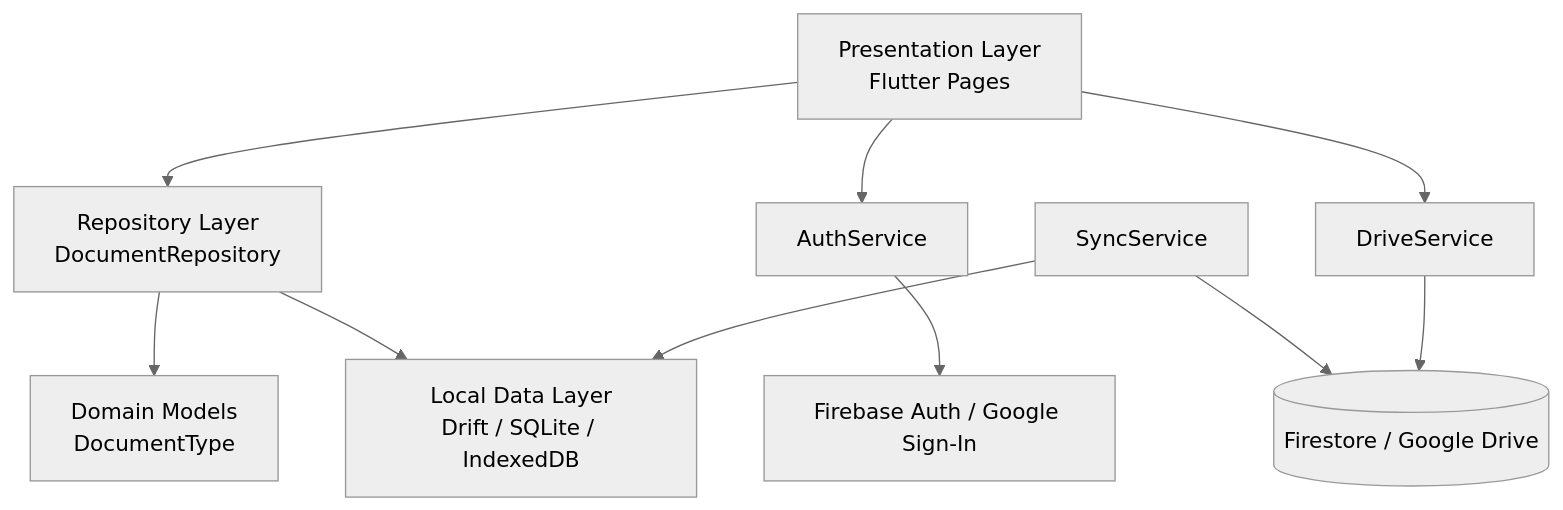
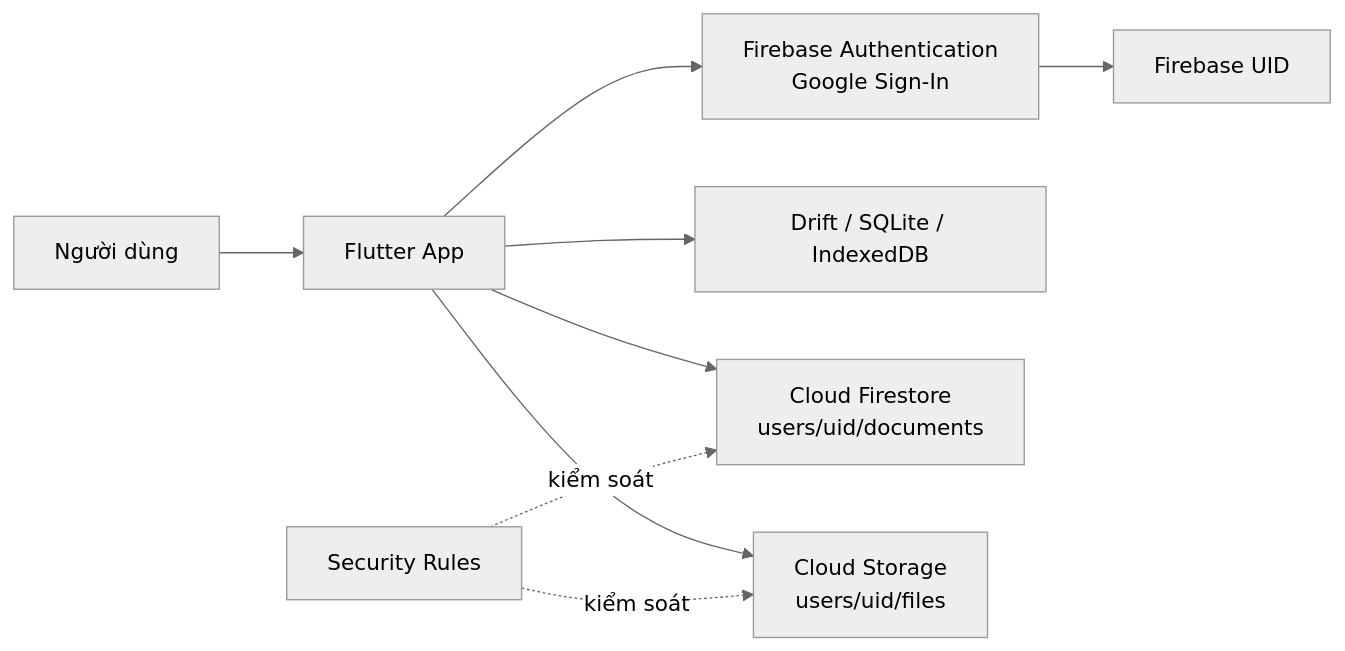
One commit to lucthuan1601/PhanTichVaLapPhuongAnTichHop_Cloud_HeThongQuanLyHocTaiLieuHocTap changed the diagram in README.md. Above: the diagram before and after it, drawn with Mermaid (neutral theme). The commit also changed other lines of this file, not shown here.

Commit message:
Tích hợp firebase

````diff
--- a/README.md
+++ b/README.md
@@ -43,12 +124,11 @@
 ```mermaid
-flowchart TB
-    UI[Presentation Layer\nFlutter Pages] --> REPO[Repository Layer\nDocumentRepository]
-    REPO --> DOMAIN[Domain Models\nDocumentType]
-    REPO --> DB[Local Data Layer\nDrift / SQLite / IndexedDB]
-    UI --> AUTH[AuthService]
-    UI --> DRIVE[DriveService]
-    SYNC[SyncService] --> DB
-    SYNC --> CLOUD[(Firestore / Google Drive)]
-    AUTH --> FIREBASE[Firebase Auth / Google Sign-In]
-    DRIVE --> CLOUD
+flowchart LR
+    U[Người dùng] --> APP[Flutter App]
+    APP --> AUTH[Firebase Authentication<br/>Google Sign-In]
+    AUTH --> UID[Firebase UID]
+    APP --> LOCAL[Drift / SQLite / IndexedDB]
+    APP --> FS[Cloud Firestore<br/>users/uid/documents]
+    APP --> STORAGE[Cloud Storage<br/>users/uid/files]
+    RULES[Security Rules] -. kiểm soát .-> FS
+    RULES -. kiểm soát .-> STORAGE
 ```
````
